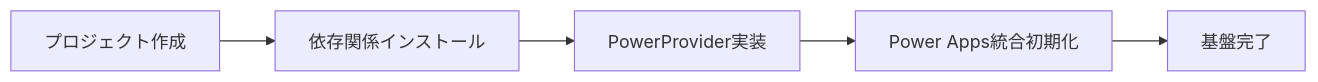
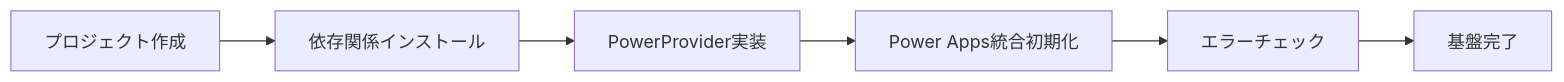
One commit to PLUG365/DecisionFlow changed the second of 11 diagrams in README.md. Above: the diagram before and after it, drawn with Mermaid. The commit also changed other lines of this file, not shown here.

````diff
--- a/README.md
+++ b/README.md
@@ -17,7 +26,8 @@
 ```mermaid
 graph LR
     A[プロジェクト作成] --> B[依存関係インストール]
     B --> C[PowerProvider実装]
     C --> D[Power Apps統合初期化]
-    D --> E[基盤完了]
+    D --> E[エラーチェック]
+    E --> F[基盤完了]
 ```
````
